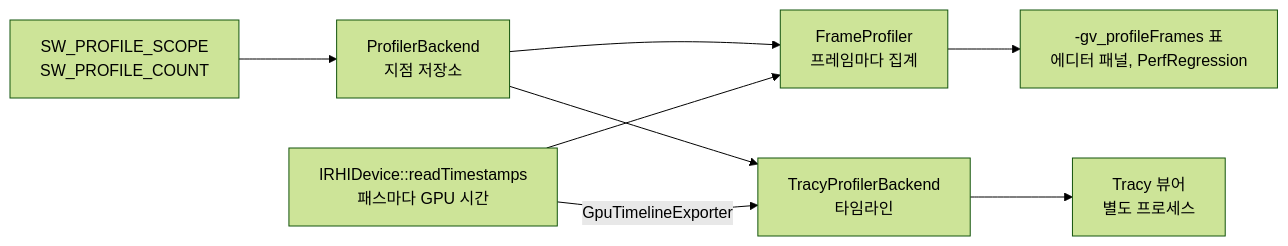
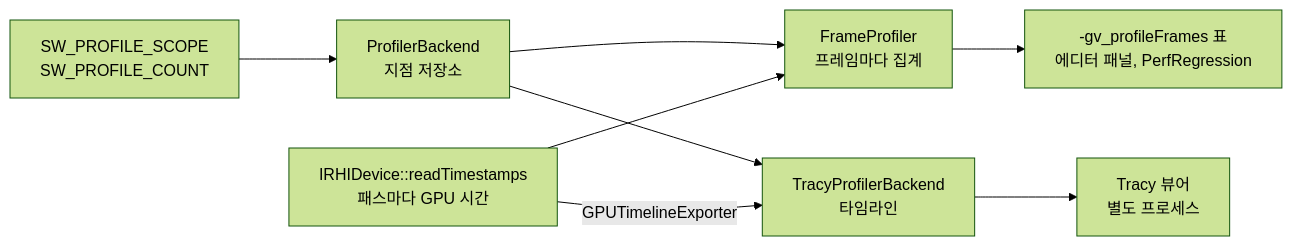
The diagram in Source/Engine/Profiling/README.md (sswgame/LearningTemplate), drawn with Mermaid (forest theme) before and after one commit. The commit also changed other lines of this file and 219 other files, not shown here.

````diff
--- a/Source/Engine/Profiling/README.md
+++ b/Source/Engine/Profiling/README.md
@@ -16,10 +16,10 @@
 ```mermaid
 flowchart LR
   Scope["SW_PROFILE_SCOPE<br/>SW_PROFILE_COUNT"] --> Backend["ProfilerBackend<br/>지점 저장소"]
   Backend --> Frame["FrameProfiler<br/>프레임마다 집계"]
   Backend --> Tracy["TracyProfilerBackend<br/>타임라인"]
   GPU["IRHIDevice::readTimestamps<br/>패스마다 GPU 시간"] --> Frame
-  GPU -- "GpuTimelineExporter" --> Tracy
+  GPU -- "GPUTimelineExporter" --> Tracy
   Frame --> Table["-gv_profileFrames 표<br/>에디터 패널, PerfRegression"]
   Tracy --> Viewer["Tracy 뷰어<br/>별도 프로세스"]
 ```
````
